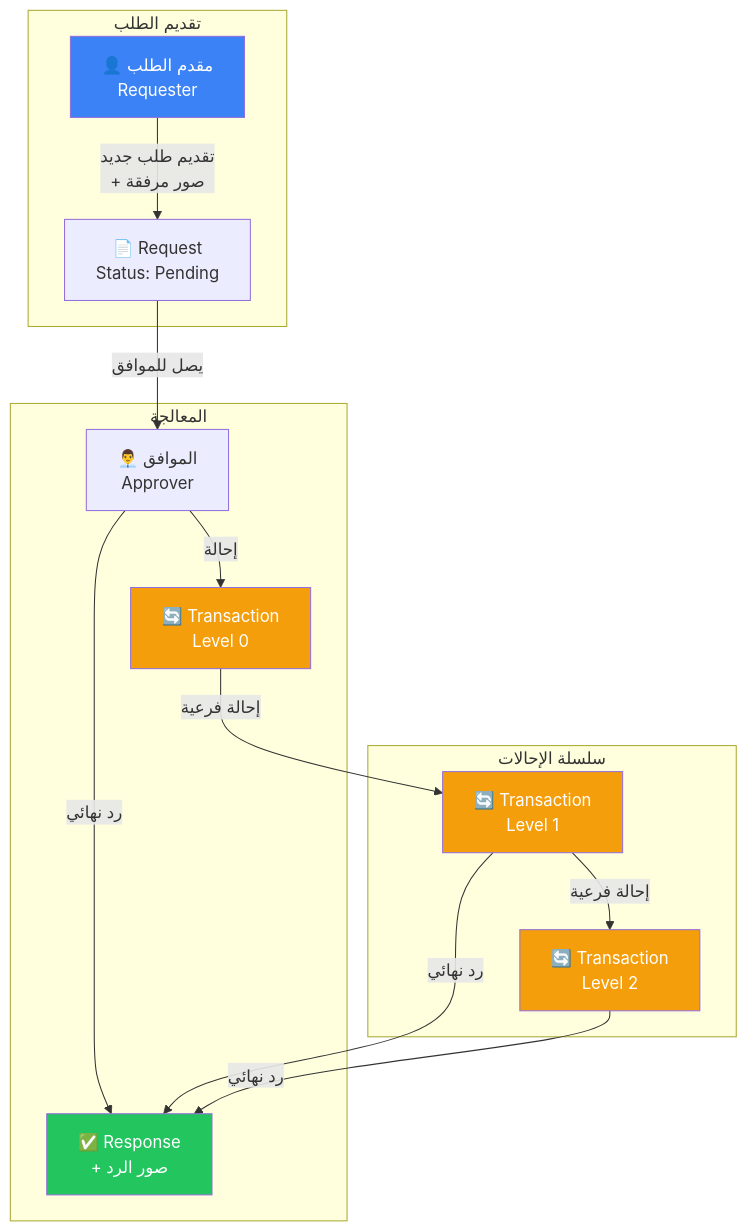
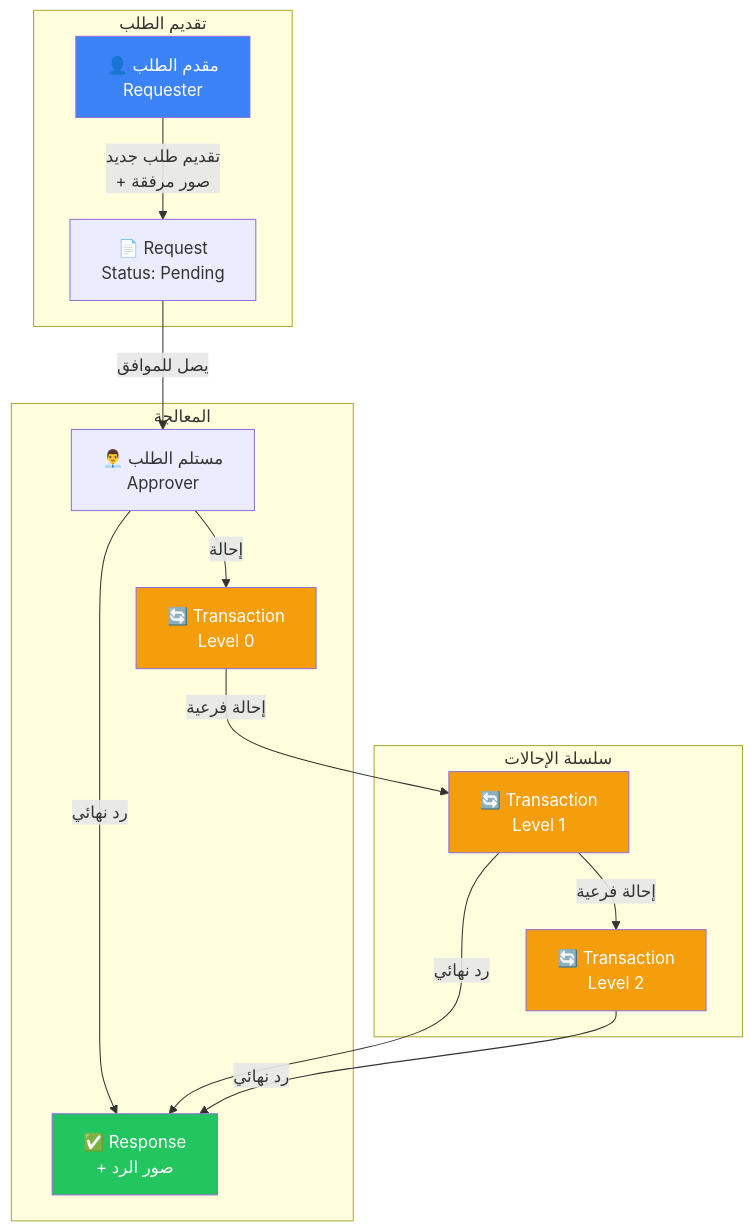
One commit to MohammedRamiAlzend/ModernPaySystem changed the first of 7 diagrams in request-lifecycle-guide.md. Above: the diagram before and after it, drawn with Mermaid. The commit also changed other lines of this file, not shown here.

Commit message:
docs: update request lifecycle documentation to reflect recent architectural changes

````diff
--- a/request-lifecycle-guide.md
+++ b/request-lifecycle-guide.md
@@ -7,25 +7,25 @@
 ```mermaid
 graph TB
     subgraph "تقديم الطلب"
         A["👤 مقدم الطلب<br/>Requester"] -->|"تقديم طلب جديد<br/>+ صور مرفقة"| B["📄 Request<br/>Status: Pending"]
     end
     
     subgraph "المعالجة"
-        B -->|"يصل للموافق"| C["👨‍💼 الموافق<br/>Approver"]
+        B -->|"يصل للموافق"| C["👨‍💼 مستلم الطلب<br/>Approver"]
         C -->|"رد نهائي"| D["✅ Response<br/>+ صور الرد"]
         C -->|"إحالة"| E["🔄 Transaction<br/>Level 0"]
     end
     
     subgraph "سلسلة الإحالات"
         E -->|"إحالة فرعية"| F["🔄 Transaction<br/>Level 1"]
         F -->|"إحالة فرعية"| G["🔄 Transaction<br/>Level 2"]
         F -->|"رد نهائي"| D
         G -->|"رد نهائي"| D
     end
     
     style A fill:#3b82f6,color:#fff
     style D fill:#22c55e,color:#fff
     style E fill:#f59e0b,color:#fff
     style F fill:#f59e0b,color:#fff
     style G fill:#f59e0b,color:#fff
 ```
````
